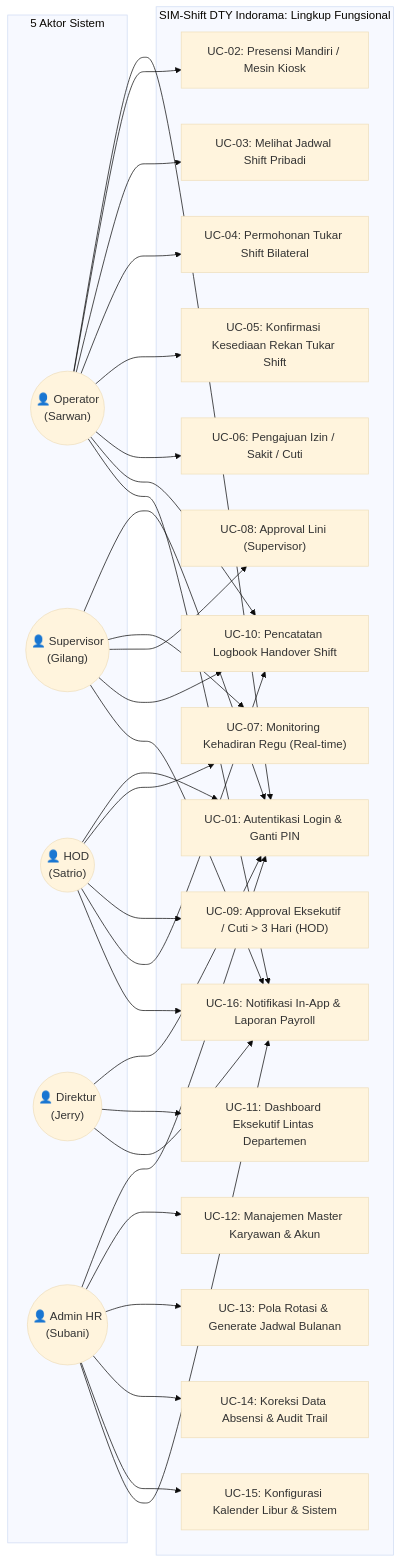
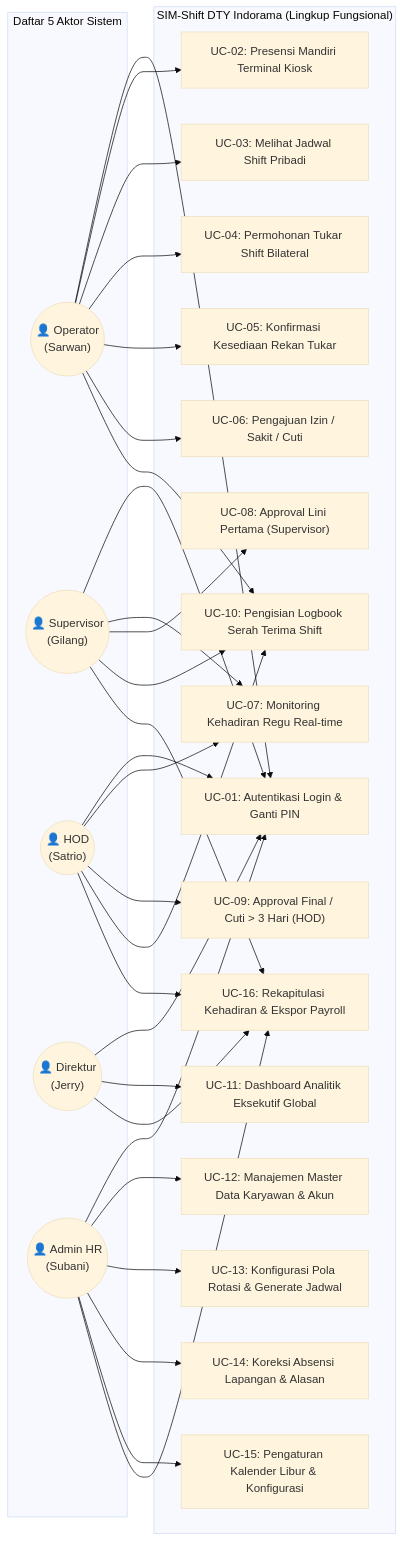
One commit to jerry-sutisno/shift-absensi changed the first of 2 diagrams in docs/LAPORAN_AKHIR.md. Above: the diagram before and after it, drawn with Mermaid (base theme). The commit also changed other lines of this file and 1 other file, not shown here.

Commit message:
docs: finalize comprehensive final report document (Bab 1 - 6) and kiosk screenshot

````diff
--- a/docs/LAPORAN_AKHIR.md
+++ b/docs/LAPORAN_AKHIR.md
@@ -135,61 +177,65 @@
 ```mermaid
 flowchart LR
-    subgraph Aktor["5 Aktor Sistem"]
+    subgraph Aktor["Daftar 5 Aktor Sistem"]
         OP(("👤 Operator\n(Sarwan)"))
         SPV(("👤 Supervisor\n(Gilang)"))
         HOD(("👤 HOD\n(Satrio)"))
         DIR(("👤 Direktur\n(Jerry)"))
         HR(("👤 Admin HR\n(Subani)"))
     end
 
-    subgraph System["SIM-Shift DTY Indorama: Lingkup Fungsional"]
+    subgraph System["SIM-Shift DTY Indorama (Lingkup Fungsional)"]
         UC01["UC-01: Autentikasi Login & Ganti PIN"]
-        UC02["UC-02: Presensi Mandiri / Mesin Kiosk"]
+        UC02["UC-02: Presensi Mandiri Terminal Kiosk"]
         UC03["UC-03: Melihat Jadwal Shift Pribadi"]
         UC04["UC-04: Permohonan Tukar Shift Bilateral"]
-        UC05["UC-05: Konfirmasi Kesediaan Rekan Tukar Shift"]
+        UC05["UC-05: Konfirmasi Kesediaan Rekan Tukar"]
         UC06["UC-06: Pengajuan Izin / Sakit / Cuti"]
-        UC07["UC-07: Monitoring Kehadiran Regu (Real-time)"]
-        UC08["UC-08: Approval Lini (Supervisor)"]
-        UC09["UC-09: Approval Eksekutif / Cuti > 3 Hari (HOD)"]
-        UC10["UC-10: Pencatatan Logbook Handover Shift"]
-        UC11["UC-11: Dashboard Eksekutif Lintas Departemen"]
-        UC12["UC-12: Manajemen Master Karyawan & Akun"]
-        UC13["UC-13: Pola Rotasi & Generate Jadwal Bulanan"]
-        UC14["UC-14: Koreksi Data Absensi & Audit Trail"]
-        UC15["UC-15: Konfigurasi Kalender Libur & Sistem"]
-        UC16["UC-16: Notifikasi In-App & Laporan Payroll"]
+        UC07["UC-07: Monitoring Kehadiran Regu Real-time"]
+        UC08["UC-08: Approval Lini Pertama (Supervisor)"]
+        UC09["UC-09: Approval Final / Cuti > 3 Hari (HOD)"]
+        UC10["UC-10: Pengisian Logbook Serah Terima Shift"]
+        UC11["UC-11: Dashboard Analitik Eksekutif Global"]
+        UC12["UC-12: Manajemen Master Data Karyawan & Akun"]
+        UC13["UC-13: Konfigurasi Pola Rotasi & Generate Jadwal"]
+        UC14["UC-14: Koreksi Absensi Lapangan & Alasan"]
+        UC15["UC-15: Pengaturan Kalender Libur & Konfigurasi"]
+        UC16["UC-16: Rekapitulasi Kehadiran & Ekspor Payroll"]
     end
 
+    %% Relasi Aktor Operator
     OP --> UC01
     OP --> UC02
     OP --> UC03
     OP --> UC04
     OP --> UC05
     OP --> UC06
     OP --> UC10
-    OP --> UC16
 
+    %% Relasi Aktor Supervisor
     SPV --> UC01
     SPV --> UC07
     SPV --> UC08
     SPV --> UC10
     SPV --> UC16
 
+    %% Relasi Aktor HOD
     HOD --> UC01
     HOD --> UC07
     HOD --> UC09
     HOD --> UC10
     HOD --> UC16
 
+    %% Relasi Aktor Direktur
     DIR --> UC01
     DIR --> UC11
     DIR --> UC16
 
+    %% Relasi Aktor Admin HR
     HR --> UC01
     HR --> UC12
     HR --> UC13
     HR --> UC14
     HR --> UC15
     HR --> UC16
 ```
````
